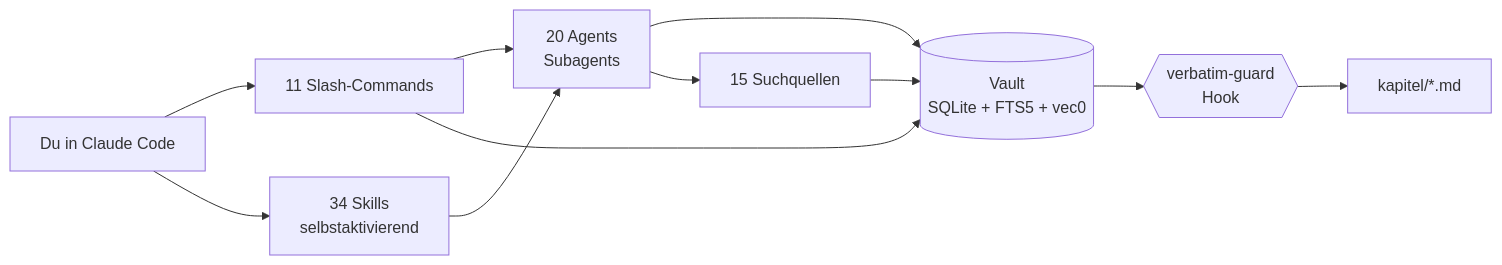
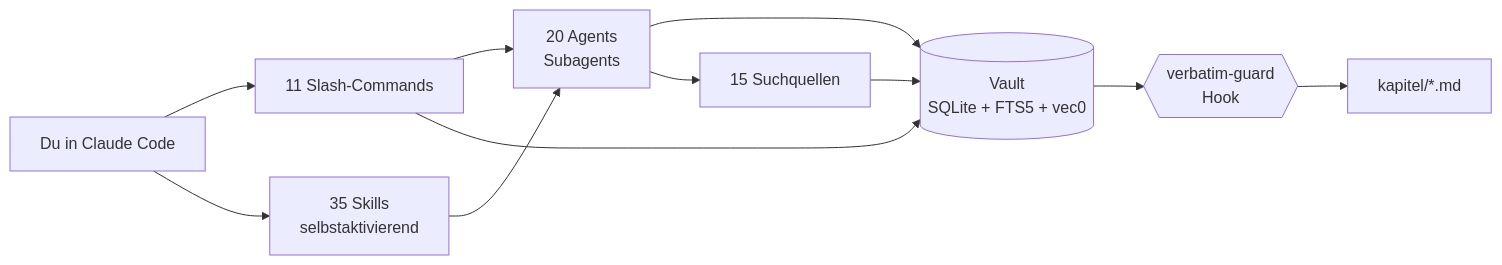
Before and after one commit to ahlerjam/academic-research: the diagram in README.md, drawn with Mermaid. The commit also changed other lines of this file and 17 other files, not shown here.

````diff
--- a/README.md
+++ b/README.md
@@ -76,13 +76,13 @@
 ```mermaid
 graph LR
     U[Du in Claude Code] --> C[11 Slash-Commands]
-    U --> S[34 Skills<br/>selbstaktivierend]
+    U --> S[35 Skills<br/>selbstaktivierend]
     C --> A[20 Agents<br/>Subagents]
     S --> A
     A --> V[(Vault<br/>SQLite + FTS5 + vec0)]
     C --> V
     A --> Q[15 Suchquellen]
     Q --> V
     V --> H{{verbatim-guard<br/>Hook}}
     H --> K[kapitel/*.md]
 ```
````
